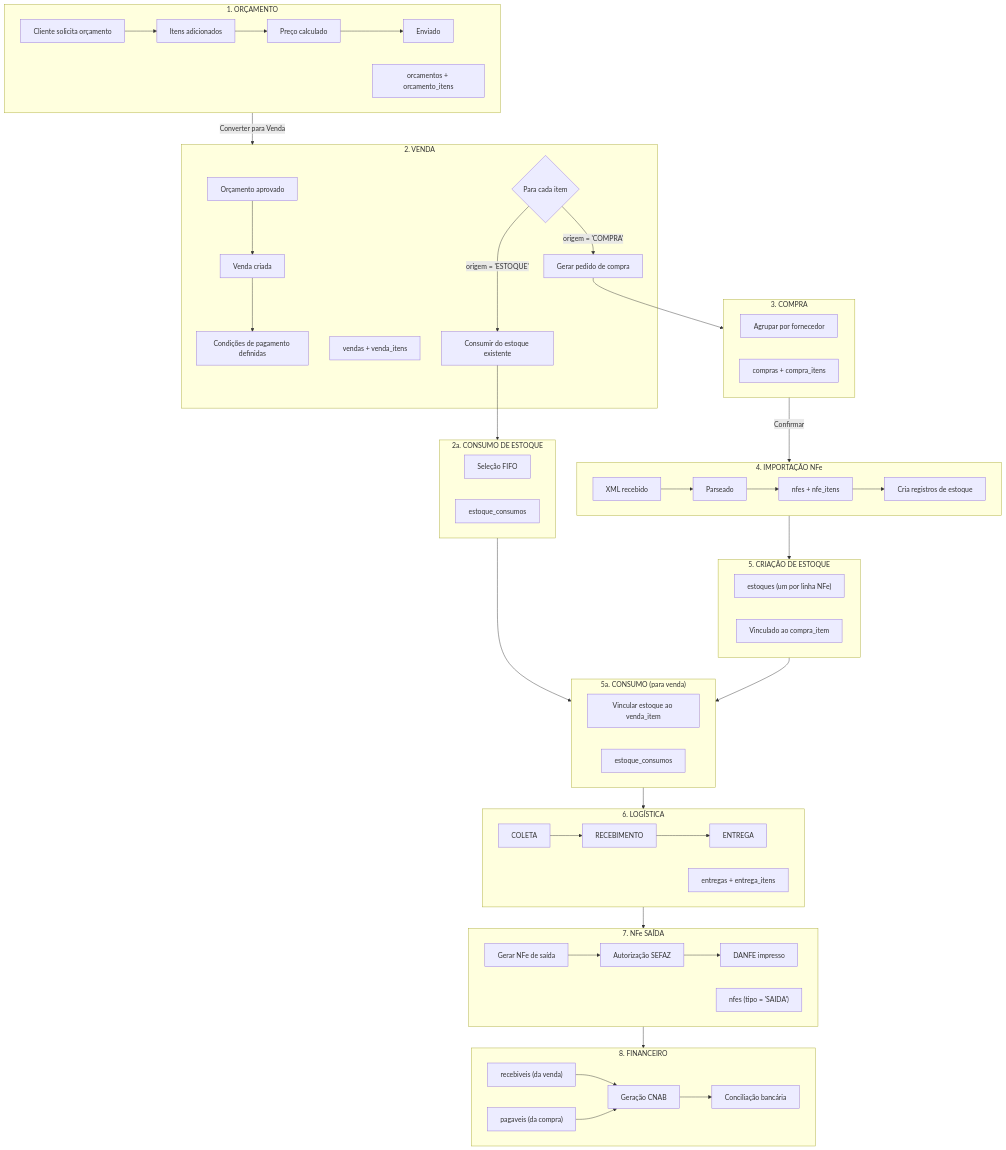
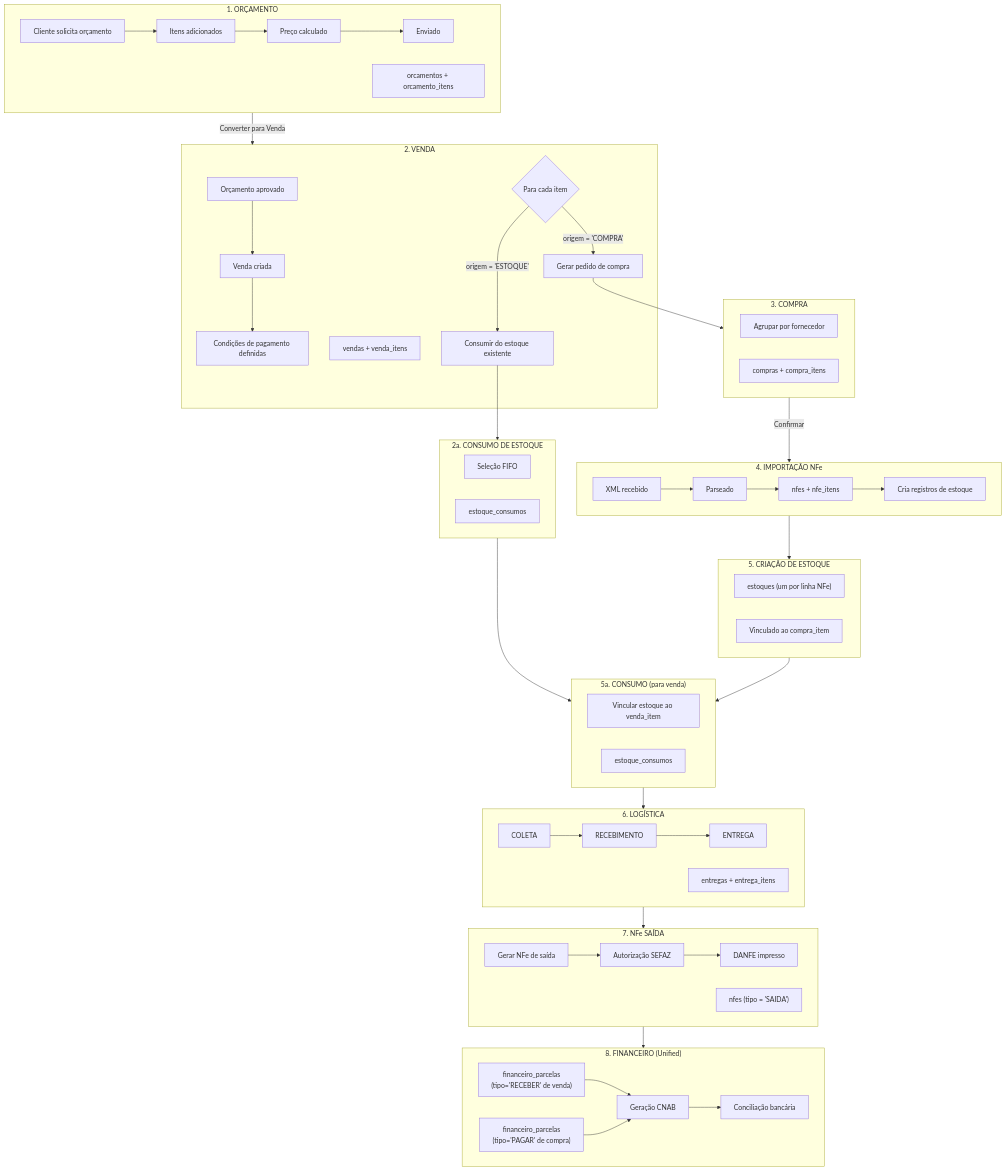
One commit to darktorres/ERP-STACCATO changed the third of 7 diagrams in .claude/next-gen/03-decisoes/02-schema-redesenhado.md. Above: the diagram before and after it, drawn with Mermaid. The commit also changed other lines of this file and 3 other files, not shown here.

```diff
--- a/.claude/next-gen/03-decisoes/02-schema-redesenhado.md
+++ b/.claude/next-gen/03-decisoes/02-schema-redesenhado.md
@@ -256,9 +259,9 @@
 
     Step7 --> Step8
 
-    subgraph Step8["8. FINANCEIRO"]
-        F1["recebiveis (da venda)"]
-        F2["pagaveis (da compra)"]
+    subgraph Step8["8. FINANCEIRO (Unified)"]
+        F1["financeiro_parcelas<br/>(tipo='RECEBER' de venda)"]
+        F2["financeiro_parcelas<br/>(tipo='PAGAR' de compra)"]
         F3["Geração CNAB"]
         F4["Conciliação bancária"]
         F1 --> F3
```
